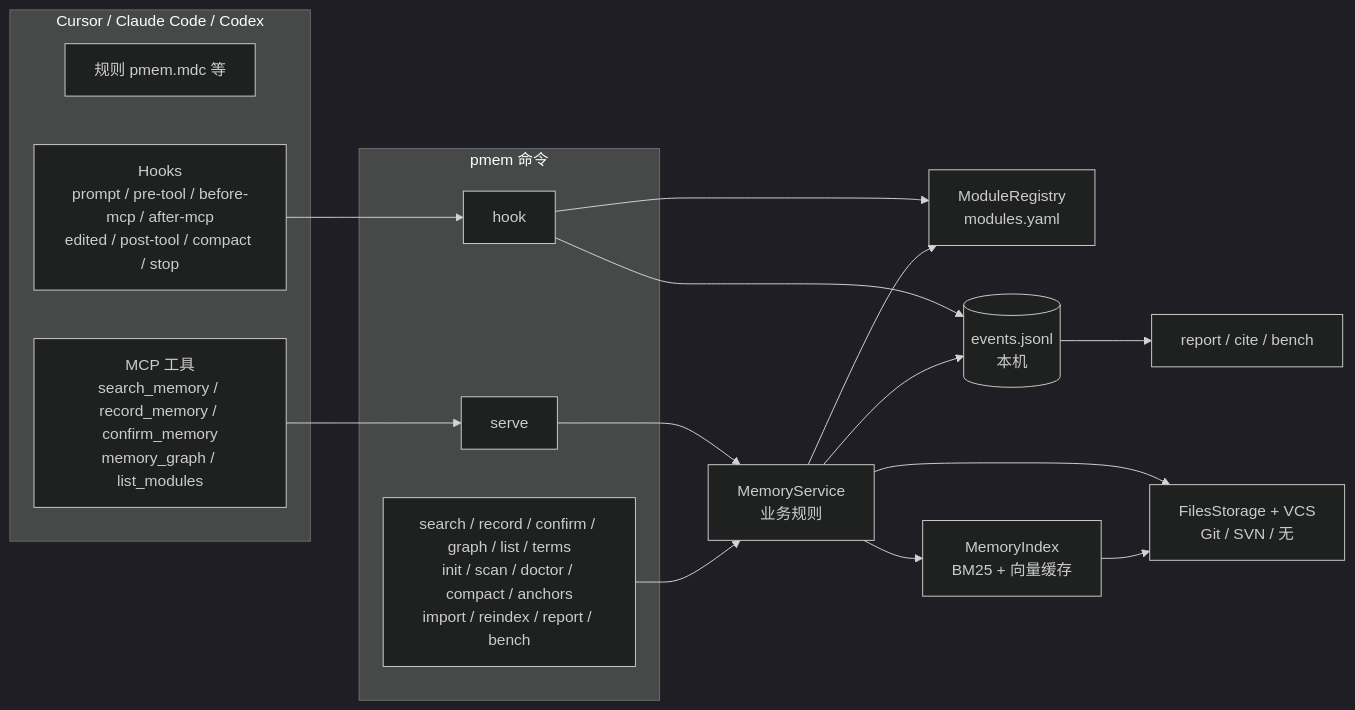
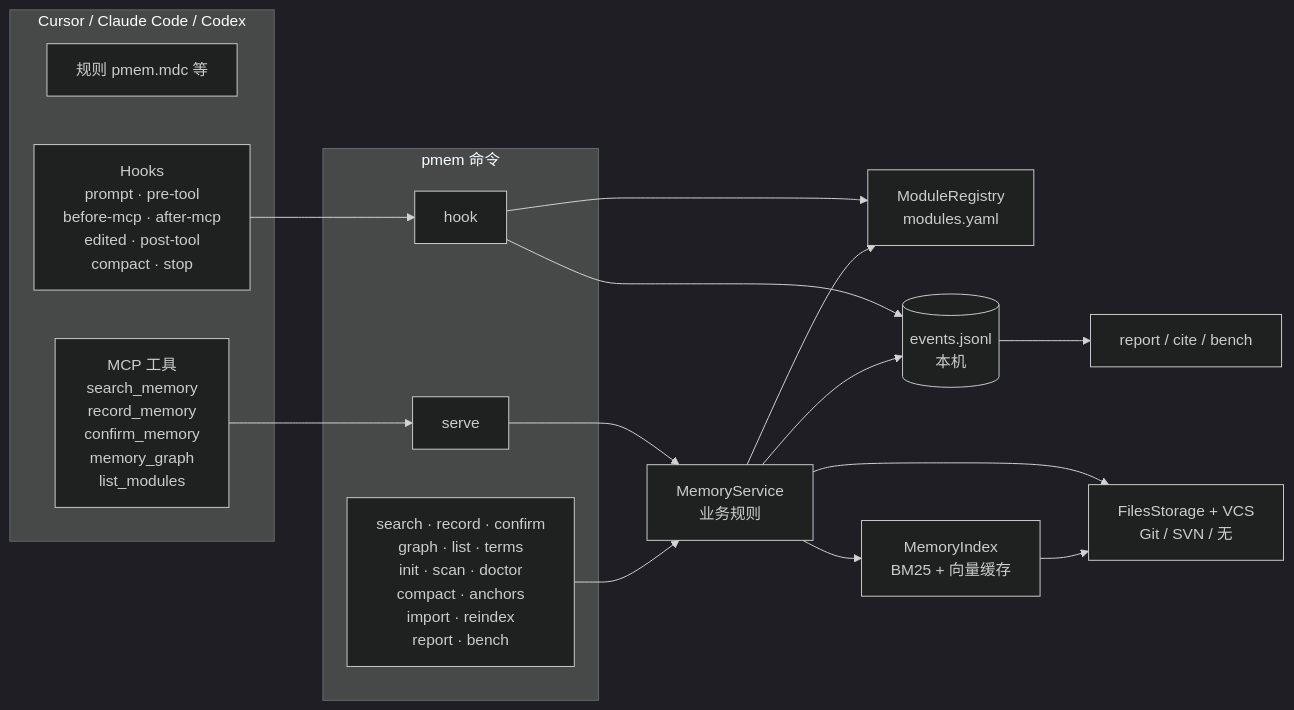
The diagram in docs/architecture.md (mry-ship/pmem), drawn with Mermaid (dark theme) before and after one commit.

Commit message:
docs: 架构图节点文字按行分组，避免乱换行

````diff
--- a/docs/architecture.md
+++ b/docs/architecture.md
@@ -15,30 +15,30 @@
 ```mermaid
 flowchart LR
     subgraph Agent[Cursor / Claude Code / Codex]
         R[规则 pmem.mdc 等]
-        M[MCP 工具<br/>search_memory / record_memory / confirm_memory<br/>memory_graph / list_modules]
-        H[Hooks<br/>prompt / pre-tool / before-mcp / after-mcp<br/>edited / post-tool / compact / stop]
+        M[MCP 工具<br/>search_memory<br/>record_memory<br/>confirm_memory<br/>memory_graph<br/>list_modules]
+        H[Hooks<br/>prompt · pre-tool<br/>before-mcp · after-mcp<br/>edited · post-tool<br/>compact · stop]
     end
     subgraph pmem 命令
         S[serve]
         HK[hook]
-        CLI[search / record / confirm / graph / list / terms<br/>init / scan / doctor / compact / anchors<br/>import / reindex / report / bench]
+        CLI[search · record · confirm<br/>graph · list · terms<br/>init · scan · doctor<br/>compact · anchors<br/>import · reindex<br/>report · bench]
     end
     SV[MemoryService<br/>业务规则]
     REG[ModuleRegistry<br/>modules.yaml]
     ST[FilesStorage + VCS<br/>Git / SVN / 无]
     IX[MemoryIndex<br/>BM25 + 向量缓存]
     EV[(events.jsonl<br/>本机)]
     RP[report / cite / bench]
 
     M --> S --> SV
     CLI --> SV
     H --> HK --> REG
     HK --> EV
     SV --> REG
     SV --> ST
     SV --> IX
     SV --> EV
     IX --> ST
     EV --> RP
 ```
````
